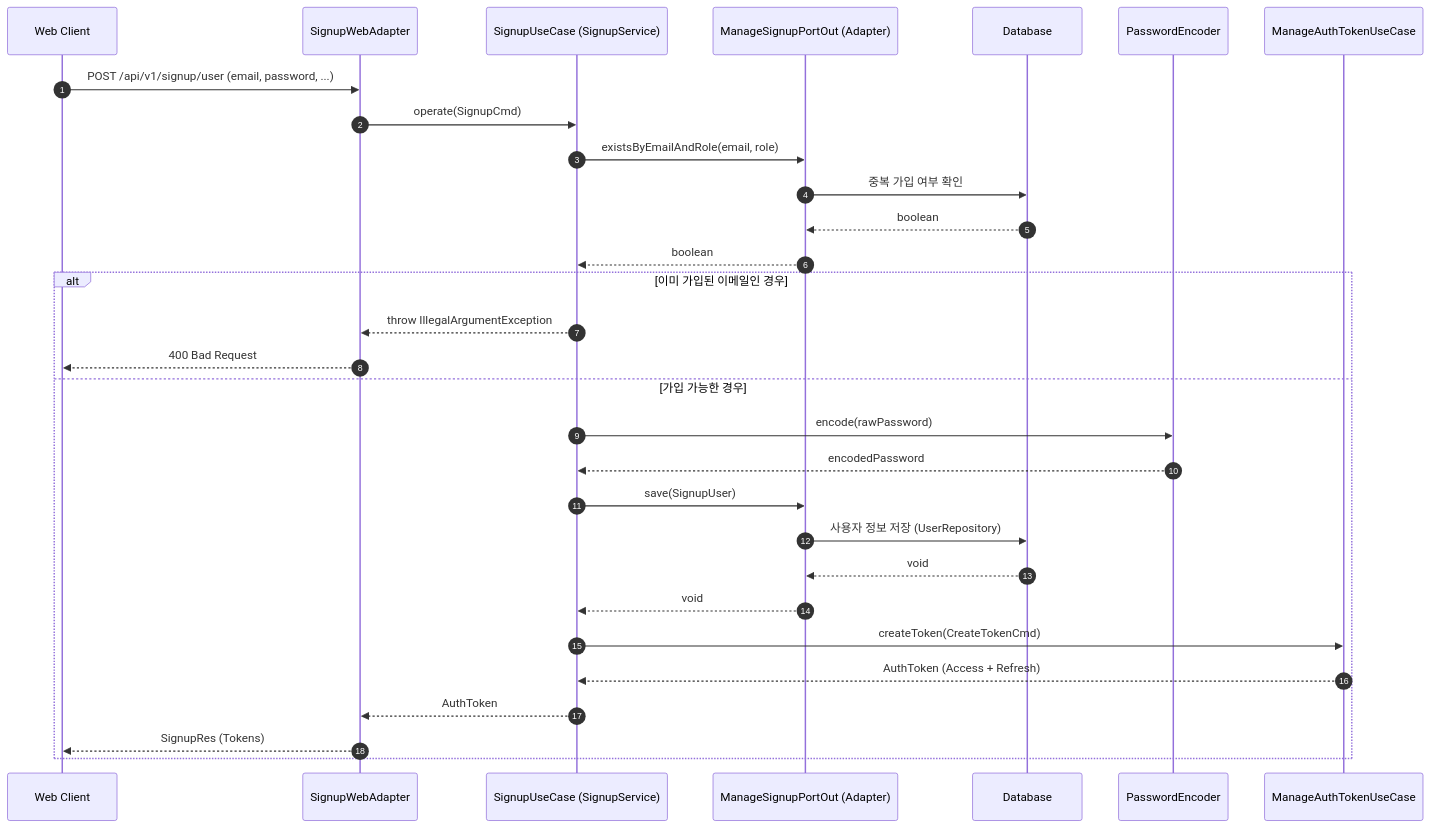
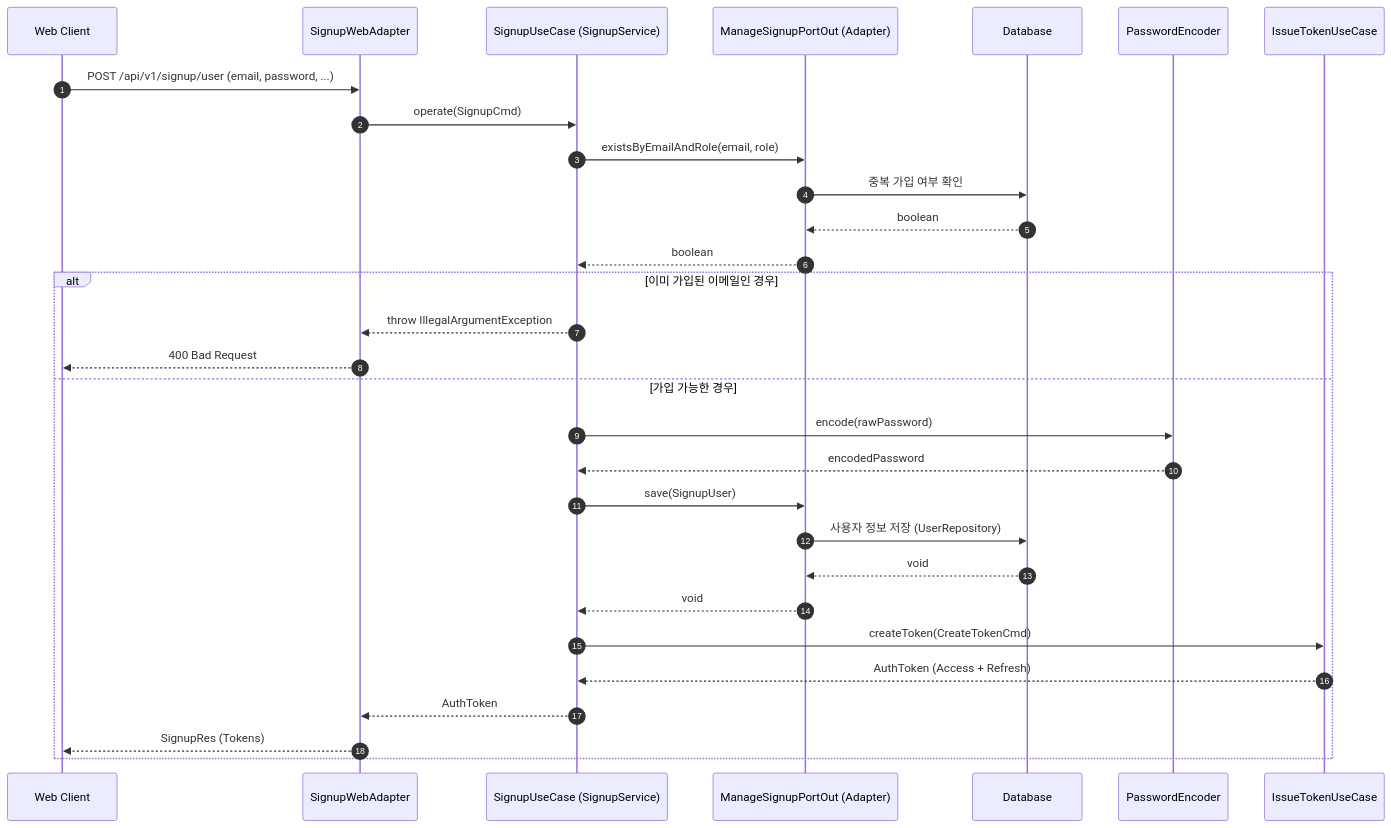
Before and after one commit to beizix/dough-api: the diagram in docs/architecture/signup-user-sequence.md, drawn with Mermaid. The commit also changed other lines of this file and 23 other files, not shown here.

Commit message:
✦ refactor: ManageAuthTokenUseCase 분리 및 IssueTokenService, ResolveTokenService 구현

````diff
--- a/docs/architecture/signup-user-sequence.md
+++ b/docs/architecture/signup-user-sequence.md
@@ -5,38 +5,38 @@
 ```mermaid
 sequenceDiagram
     autonumber
     participant Client as Web Client
     participant Adapter as SignupWebAdapter
     participant UseCase as SignupUseCase (SignupService)
     participant PortOut as ManageSignupPortOut (Adapter)
     participant DB as Database
     participant Crypto as PasswordEncoder
-    participant TokenUC as ManageAuthTokenUseCase
+    participant TokenUC as IssueTokenUseCase
 
     Client->>Adapter: POST /api/v1/signup/user (email, password, ...)
     Adapter->>UseCase: operate(SignupCmd)
     
     UseCase->>PortOut: existsByEmailAndRole(email, role)
     PortOut->>DB: 중복 가입 여부 확인
     DB-->>PortOut: boolean
     PortOut-->>UseCase: boolean
 
     alt 이미 가입된 이메일인 경우
         UseCase-->>Adapter: throw IllegalArgumentException
         Adapter-->>Client: 400 Bad Request
     else 가입 가능한 경우
         UseCase->>Crypto: encode(rawPassword)
         Crypto-->>UseCase: encodedPassword
         
         UseCase->>PortOut: save(SignupUser)
         PortOut->>DB: 사용자 정보 저장 (UserRepository)
         DB-->>PortOut: void
         PortOut-->>UseCase: void
         
         UseCase->>TokenUC: createToken(CreateTokenCmd)
         TokenUC-->>UseCase: AuthToken (Access + Refresh)
         
         UseCase-->>Adapter: AuthToken
         Adapter-->>Client: SignupRes (Tokens)
     end
 ```
````
